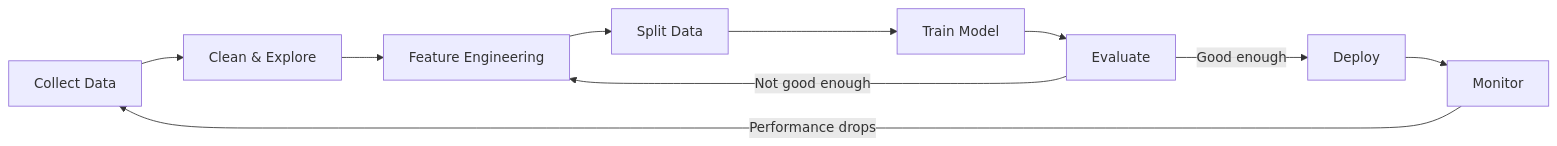
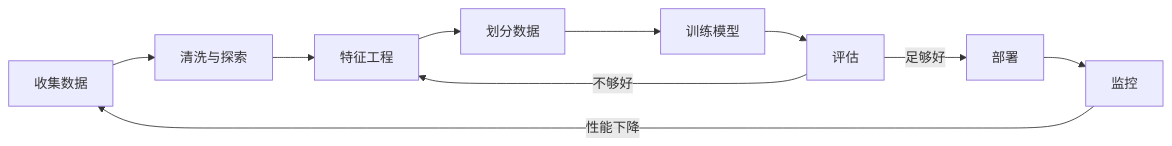
Before and after one commit to guangningsun/ailearning: the third of 6 diagrams in lessons/02-ml-fundamentals/01-what-is-machine-learning/docs/zh.md, drawn with Mermaid. The commit also changed other lines of this file and 53 other files, not shown here.

````diff
--- a/lessons/02-ml-fundamentals/01-what-is-machine-learning/docs/zh.md
+++ b/lessons/02-ml-fundamentals/01-what-is-machine-learning/docs/zh.md
@@ -124,12 +124,12 @@
 ```mermaid
 flowchart LR
-    A[Collect Data] --> B[Clean & Explore]
-    B --> C[Feature Engineering]
-    C --> D[Split Data]
-    D --> E[Train Model]
-    E --> F[Evaluate]
-    F -->|Not good enough| C
-    F -->|Good enough| G[Deploy]
-    G --> H[Monitor]
-    H -->|Performance drops| A
+    A[收集数据] --> B[清洗与探索]
+    B --> C[特征工程]
+    C --> D[划分数据]
+    D --> E[训练模型]
+    E --> F[评估]
+    F -->|不够好| C
+    F -->|足够好| G[部署]
+    G --> H[监控]
+    H -->|性能下降| A
 ```
````
